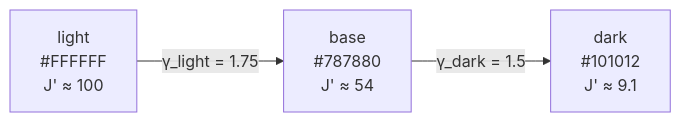
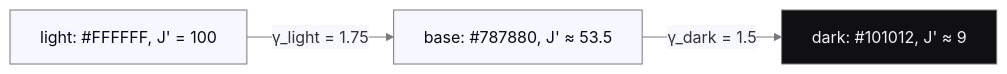
One commit to Labpics-Team/lab-colors changed the second of 4 diagrams in README.md. Above: the diagram before and after it, drawn with Mermaid. The commit also changed other lines of this file, not shown here.

First line of the commit message:
docs(readme): переписать корневой README — понятность, честность, mermaid-канон (#215)

````diff
--- a/README.md
+++ b/README.md
@@ -100,5 +109,16 @@
 ```mermaid
+%%{init: {'theme':'base','themeVariables':{
+  'lineColor':'#787880','textColor':'#0A0A10',
+  'edgeLabelBackground':'#F7F7FF',
+  'clusterBkg':'transparent','clusterBorder':'#787880'
+}}}%%
 graph LR
-    L["light\n#FFFFFF\nJ' ≈ 100"] -->|"γ_light = 1.75"| B["base\n#787880\nJ' ≈ 54"]
-    B -->|"γ_dark = 1.5"| D["dark\n#101012\nJ' ≈ 9.1"]
+    L["light: #FFFFFF, J' = 100"] -->|"γ_light = 1.75"| B["base: #787880, J' ≈ 53.5"]
+    B -->|"γ_dark = 1.5"| D["dark: #101012, J' ≈ 9"]
+
+    classDef node fill:#F7F7FF,stroke:#787880,color:#0A0A10
+    classDef accent fill:#006FF3,stroke:#787880,color:#FCFDFF
+    classDef dark fill:#101012,stroke:#787880,color:#F2F2FC
+    class L,B node
+    class D dark
 ```
````
